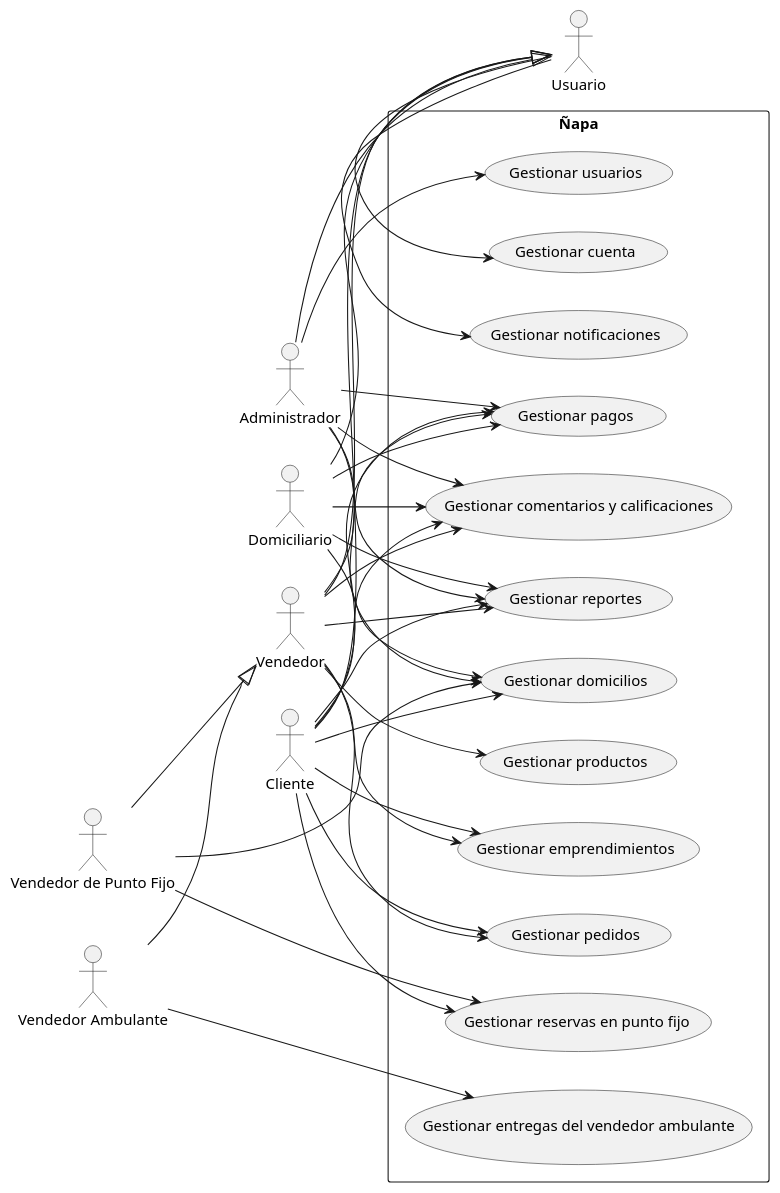
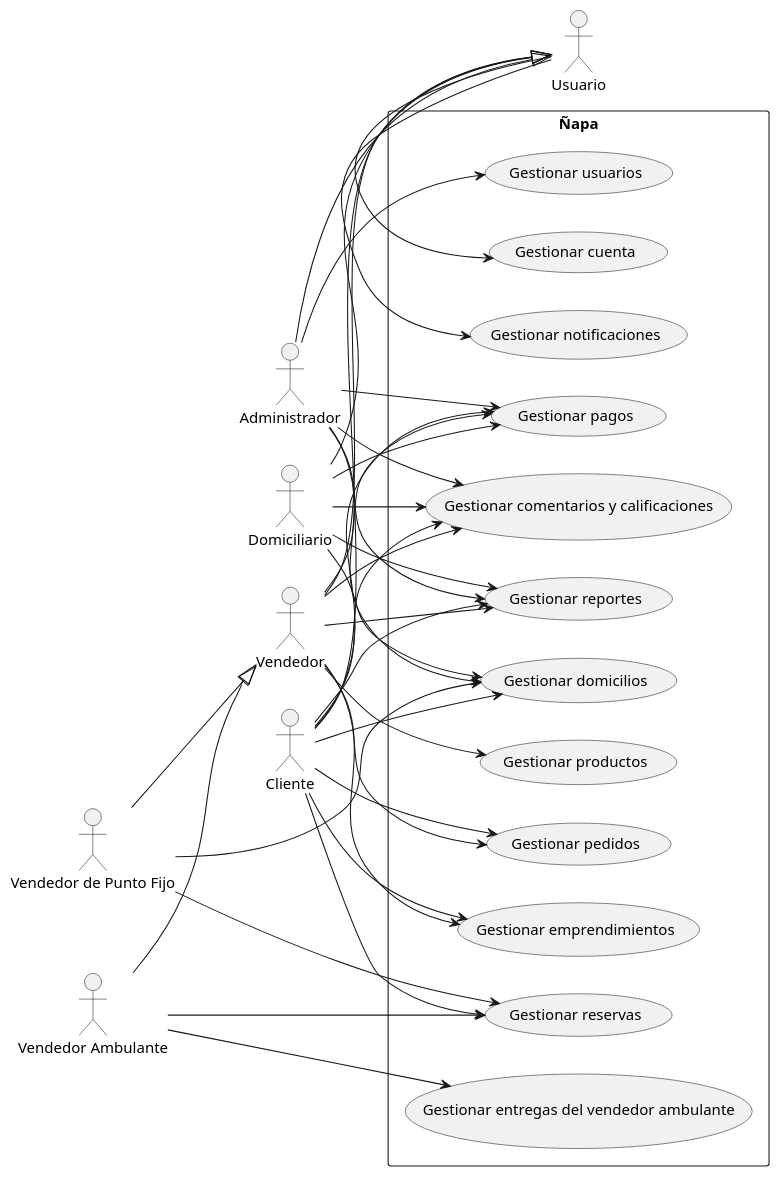
The diagram in casos de uso/nivel0.puml (RAAR-18/napa), drawn with PlantUML before and after one commit. The commit also changed 123 other files, not shown here.

```diff
--- a/casos de uso/nivel0.puml
+++ b/casos de uso/nivel0.puml
@@ -1,69 +1,70 @@
 @startuml
 
 left to right direction
 
 actor "Usuario" as u
 actor "Cliente" as c
 actor "Vendedor" as v
 actor "Vendedor Ambulante" as va
 actor "Vendedor de Punto Fijo" as vpf
 actor "Domiciliario" as d
 actor "Administrador" as adm
 
 c --|> u
 v --|> u
 d --|> u
 adm --|> u
 va --|> v
 vpf --|> v
 
 rectangle "Ñapa" {
     usecase "Gestionar cuenta" as UC1
     usecase "Gestionar notificaciones" as UC2
     usecase "Gestionar emprendimientos" as UC3
     usecase "Gestionar productos" as UC4
     usecase "Gestionar pedidos" as UC5
     usecase "Gestionar entregas del vendedor ambulante" as UC6
-    usecase "Gestionar reservas en punto fijo" as UC7
+    usecase "Gestionar reservas" as UC7
     usecase "Gestionar domicilios" as UC8
     usecase "Gestionar pagos" as UC9
     usecase "Gestionar comentarios y calificaciones" as UC10
     usecase "Gestionar reportes" as UC11
     usecase "Gestionar usuarios" as UC12
 }
 
 u --> UC1
 u --> UC2
 
 c --> UC3
 c --> UC5
 c --> UC7
 c --> UC8
 c --> UC9
 c --> UC10
 c --> UC11
 
 v --> UC3
 v --> UC4
 v --> UC5
 v --> UC9
 v --> UC10
 v --> UC11
 
 va --> UC6
+va --> UC7
 
 vpf --> UC7
 vpf --> UC8
 
 d --> UC8
 d --> UC9
 d --> UC10
 d --> UC11
 
 adm --> UC8
 adm --> UC9
 adm --> UC10
 adm --> UC11
 adm --> UC12
 
 @enduml
```
